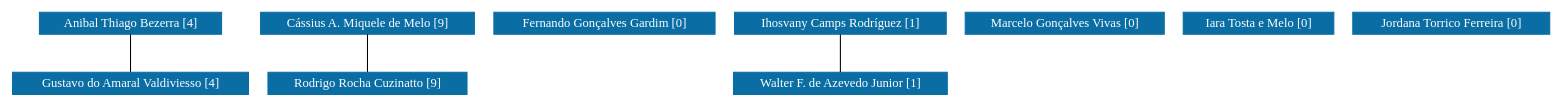
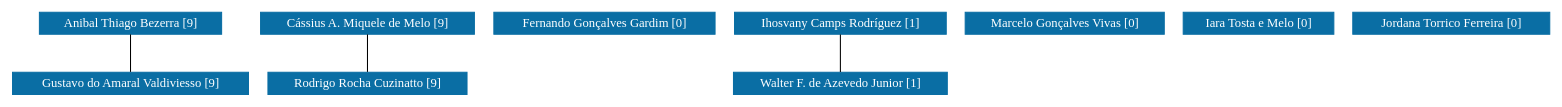
The diagram in PPGF-UNIFAL/grafoDeColaboracoesSemPesos.dot (icamps/unifal-lattes.github.io), drawn with Graphviz before and after one commit. The commit also changed 601 other files, not shown here.

```diff
--- a/PPGF-UNIFAL/grafoDeColaboracoesSemPesos.dot
+++ b/PPGF-UNIFAL/grafoDeColaboracoesSemPesos.dot
@@ -1,84 +1,84 @@
 strict graph grafo1 {
 	graph [bb="0,0,1207,78",
 		id=grafo1,
 		overlap=False
 	];
 	node [fontsize=12,
 		label="\N",
 		shape=rectangle,
 		style=filled
 	];
 	0	 [URL="membro-8478305453281130.html",
 		color="#0A6EA4",
 		fontcolor="#FFFFFF",
 		height=0.29167,
-		label="Anibal Thiago Bezerra [4]",
+		label="Anibal Thiago Bezerra [9]",
 		pos="91.5,67.5",
 		width=1.9861];
 	3	 [URL="membro-4023778019418442.html",
 		color="#0A6EA4",
 		fontcolor="#FFFFFF",
 		height=0.29167,
-		label="Gustavo do Amaral Valdiviesso [4]",
+		label="Gustavo do Amaral Valdiviesso [9]",
 		pos="91.5,10.5",
 		width=2.5417];
 	0 -- 3	 [pos="91.5,56.779 91.5,46.588 91.5,31.348 91.5,21.173"];
 	1	 [URL="membro-4002033080997386.html",
 		color="#0A6EA4",
 		fontcolor="#FFFFFF",
 		height=0.29167,
 		label="Cássius A. Miquele de Melo [9]",
 		pos="278.5,67.5",
 		width=2.3194];
 	6	 [URL="membro-8073303573679522.html",
 		color="#0A6EA4",
 		fontcolor="#FFFFFF",
 		height=0.29167,
 		label="Rodrigo Rocha Cuzinatto [9]",
 		pos="278.5,10.5",
 		width=2.1389];
 	1 -- 6	 [pos="278.5,56.779 278.5,46.588 278.5,31.348 278.5,21.173"];
 	2	 [URL="membro-2425549033248106.html",
 		color="#0A6EA4",
 		fontcolor="#FFFFFF",
 		height=0.29167,
 		label="Fernando Gonçalves Gardim [0]",
 		pos="465.5,67.5",
 		width=2.3611];
 	4	 [URL="membro-3732563704810366.html",
 		color="#0A6EA4",
 		fontcolor="#FFFFFF",
 		height=0.29167,
 		label="Ihosvany Camps Rodríguez [1]",
 		pos="650.5,67.5",
 		width=2.2778];
 	7	 [URL="membro-4183276948524704.html",
 		color="#0A6EA4",
 		fontcolor="#FFFFFF",
 		height=0.29167,
 		label="Walter F. de Azevedo Junior [1]",
 		pos="650.5,10.5",
 		width=2.3194];
 	4 -- 7	 [pos="650.5,56.779 650.5,46.588 650.5,31.348 650.5,21.173"];
 	5	 [URL="membro-1312049227898761.html",
 		color="#0A6EA4",
 		fontcolor="#FFFFFF",
 		height=0.29167,
 		label="Marcelo Gonçalves Vivas [0]",
 		pos="828.5,67.5",
 		width=2.1528];
 	8	 [URL="membro-7286059807128292.html",
 		color="#0A6EA4",
 		fontcolor="#FFFFFF",
 		height=0.29167,
 		label="Iara Tosta e Melo [0]",
 		pos="982.5,67.5",
 		width=1.6111];
 	9	 [URL="membro-2740598136336384.html",
 		color="#0A6EA4",
 		fontcolor="#FFFFFF",
 		height=0.29167,
 		label="Jordana Torrico Ferreira [0]",
 		pos="1132.5,67.5",
 		width=2.0694];
 }
```
